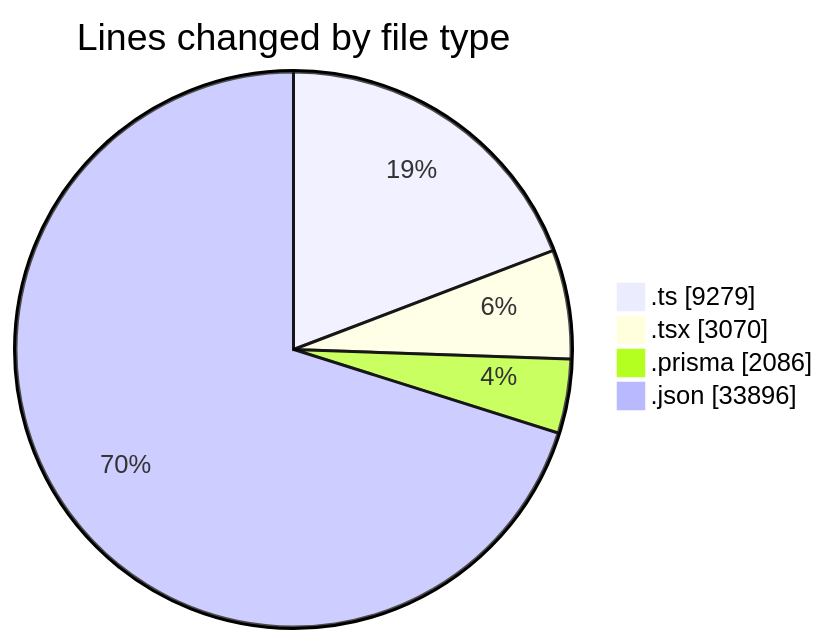
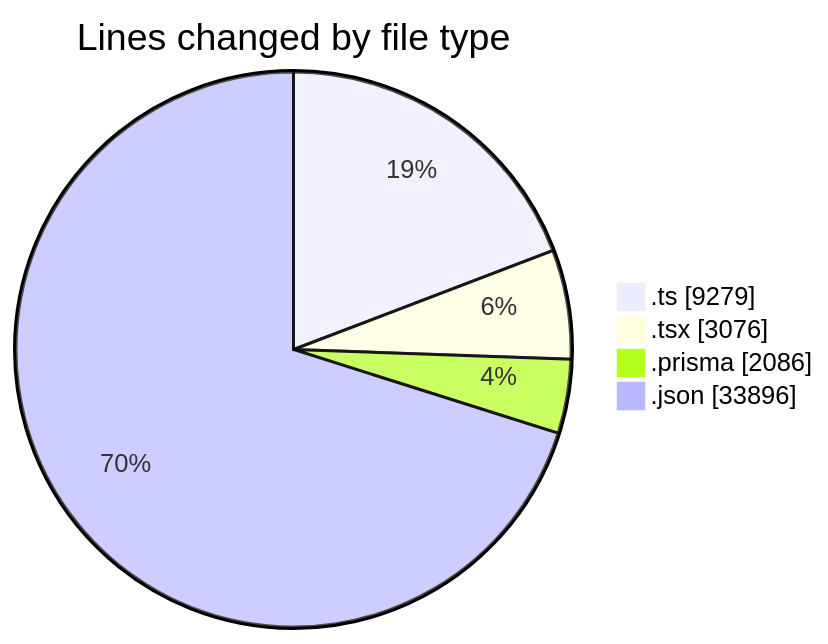
Before and after one commit to CELIANVF/code-tracking: the first of 2 diagrams in 2025-05-19/ecodeli-1/README.md, drawn with Mermaid. The commit also changed other lines of this file and 1 other file, not shown here.

````diff
--- a/2025-05-19/ecodeli-1/README.md
+++ b/2025-05-19/ecodeli-1/README.md
@@ -57,8 +57,8 @@
 ```mermaid
 pie showData
 title Lines changed by file type
 ".ts" : 9279
-".tsx" : 3070
+".tsx" : 3076
 ".prisma" : 2086
 ".json" : 33896
 ```
````
